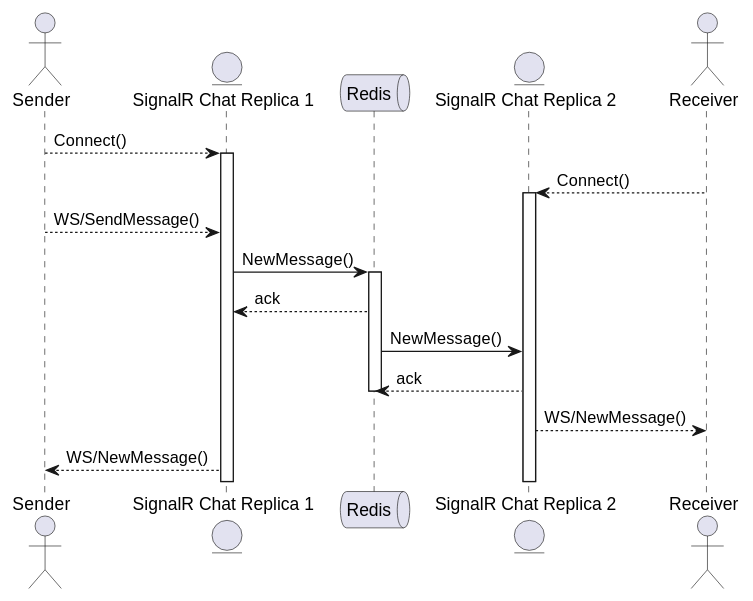
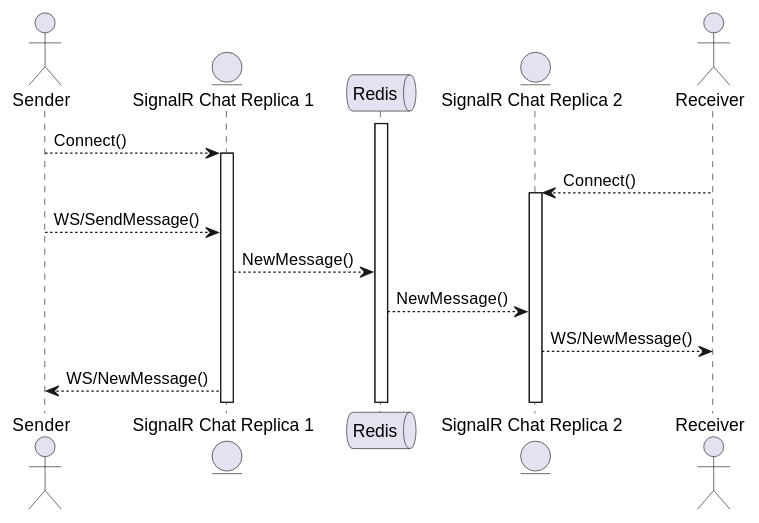
Before and after one commit to ldeluigi/microchat: the fourth of 4 diagrams in docs/architecture/sequence-diagrams.md, drawn with PlantUML.

Commit message:
Update multireplica seq diagram

````diff
--- a/docs/architecture/sequence-diagrams.md
+++ b/docs/architecture/sequence-diagrams.md
@@ -143,22 +143,19 @@
 ```plantuml
 @startuml SendMessageMultipleReplicas
 actor Sender
 entity "SignalR Chat Replica 1" as Chat
 queue Redis
 entity "SignalR Chat Replica 2" as Chat2
 actor Receiver
+activate Redis
 Sender --> Chat : Connect()
 activate Chat
 Receiver --> Chat2 : Connect()
 activate Chat2
 Sender -->  Chat : WS/SendMessage()
-Chat -> Redis : NewMessage()
-activate Redis
-Redis --> Chat : ack
-Redis -> Chat2 : NewMessage()
-Chat2 --> Redis : ack
-deactivate Redis
+Chat --> Redis : NewMessage()
+Redis --> Chat2 : NewMessage()
 Chat2 --> Receiver : WS/NewMessage()
 Chat --> Sender : WS/NewMessage()
 @enduml
 ```
````
